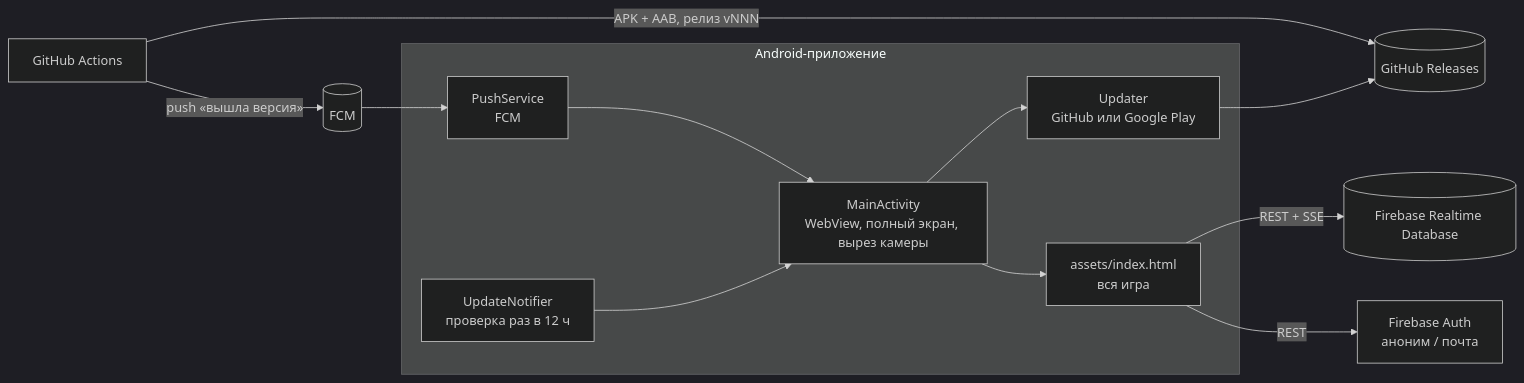
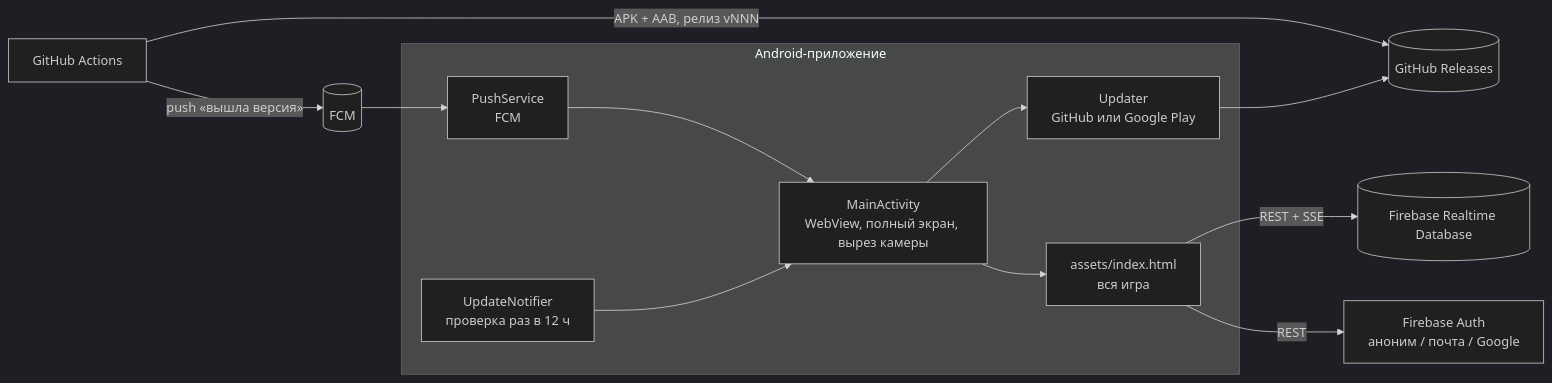
The diagram in docs/ARCHITECTURE.md (crownfall90-dot/play), drawn with Mermaid (dark theme) before and after one commit. The commit also changed other lines of this file and 7 other files, not shown here.

````diff
--- a/docs/ARCHITECTURE.md
+++ b/docs/ARCHITECTURE.md
@@ -7,14 +7,14 @@
 ```mermaid
 flowchart LR
   subgraph Phone[Android-приложение]
     A[MainActivity<br/>WebView, полный экран, вырез камеры] --> W[assets/index.html<br/>вся игра]
     A --> U[Updater<br/>GitHub или Google Play]
     P[PushService<br/>FCM] --> A
     N[UpdateNotifier<br/>проверка раз в 12 ч] --> A
   end
   W -- REST + SSE --> DB[(Firebase Realtime Database)]
-  W -- REST --> AU[Firebase Auth<br/>аноним / почта]
+  W -- REST --> AU[Firebase Auth<br/>аноним / почта / Google]
   CI[GitHub Actions] -->|APK + AAB, релиз vNNN| GH[(GitHub Releases)]
   CI -->|push «вышла версия»| FCM[(FCM)] --> P
   U --> GH
 ```
````
